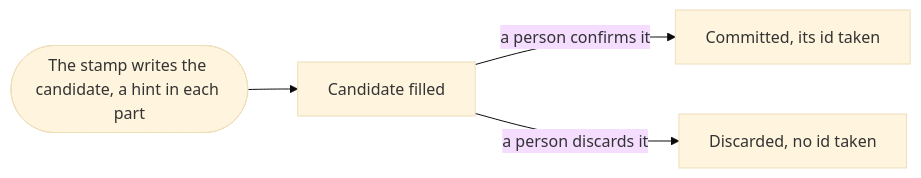
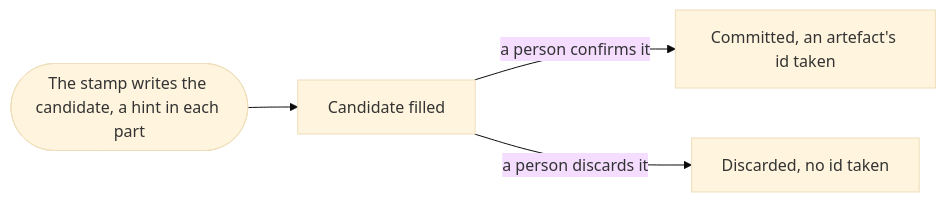
One commit to aleskalfas/project-kit changed the second of 2 diagrams in tech-docs/analysis/software-analysis/domain-model/030-kinds-and-structures.md. Above: the diagram before and after it, drawn with Mermaid (base theme). The commit also changed other lines of this file and 11 other files, not shown here.

````diff
--- a/tech-docs/analysis/software-analysis/domain-model/030-kinds-and-structures.md
+++ b/tech-docs/analysis/software-analysis/domain-model/030-kinds-and-structures.md
@@ -55,8 +56,8 @@
 ```mermaid
 flowchart LR
   accTitle: How a candidate moves
-  accDescr: The stamp writes a candidate with a hint in each part. A writer fills the parts and deletes the hints. A person confirms the candidate, which is committed and takes its id, or discards it.
+  accDescr: The stamp writes a candidate with a hint in each part. A writer fills the parts and deletes the hints. A person confirms the candidate, which is committed, an artefact taking its id, or discards it.
   stamped([The stamp writes the candidate, a hint in each part]) --> filled[Candidate filled]
-  filled -->|a person confirms it| committed[Committed, its id taken]
+  filled -->|a person confirms it| committed[Committed, an artefact's id taken]
   filled -->|a person discards it| discarded[Discarded, no id taken]
 ```
````
